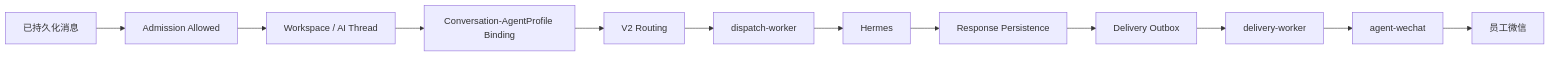
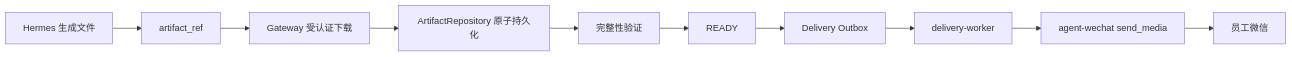
Before and after one commit to Tangbohu09527/CF_ecommerce-automation-docs: the fourth of 4 diagrams in architecture/message-flow.md, drawn with Mermaid. The commit also changed other lines of this file and 16 other files, not shown here.

````diff
--- a/architecture/message-flow.md
+++ b/architecture/message-flow.md
@@ -31,14 +91,12 @@
 ```mermaid
 flowchart LR
-    M["已持久化消息"] --> AD["Admission Allowed"]
-    AD --> W["Workspace / AI Thread"]
-    W --> P["Conversation-AgentProfile Binding"]
-    P --> R["V2 Routing"]
-    R --> D["dispatch-worker"]
-    D --> H["Hermes"]
-    H --> RP["Response Persistence"]
-    RP --> O["Delivery Outbox"]
-    O --> DL["delivery-worker"]
-    DL --> AW["agent-wechat"]
-    AW --> E["员工微信"]
+    H["Hermes 生成文件"] --> REF["artifact_ref"]
+    REF --> DL["Gateway 受认证下载"]
+    DL --> AR["ArtifactRepository 原子持久化"]
+    AR --> IV["完整性验证"]
+    IV --> READY["READY"]
+    READY --> O["Delivery Outbox"]
+    O --> W["delivery-worker"]
+    W --> SM["agent-wechat send_media"]
+    SM --> E["员工微信"]
 ```
````
